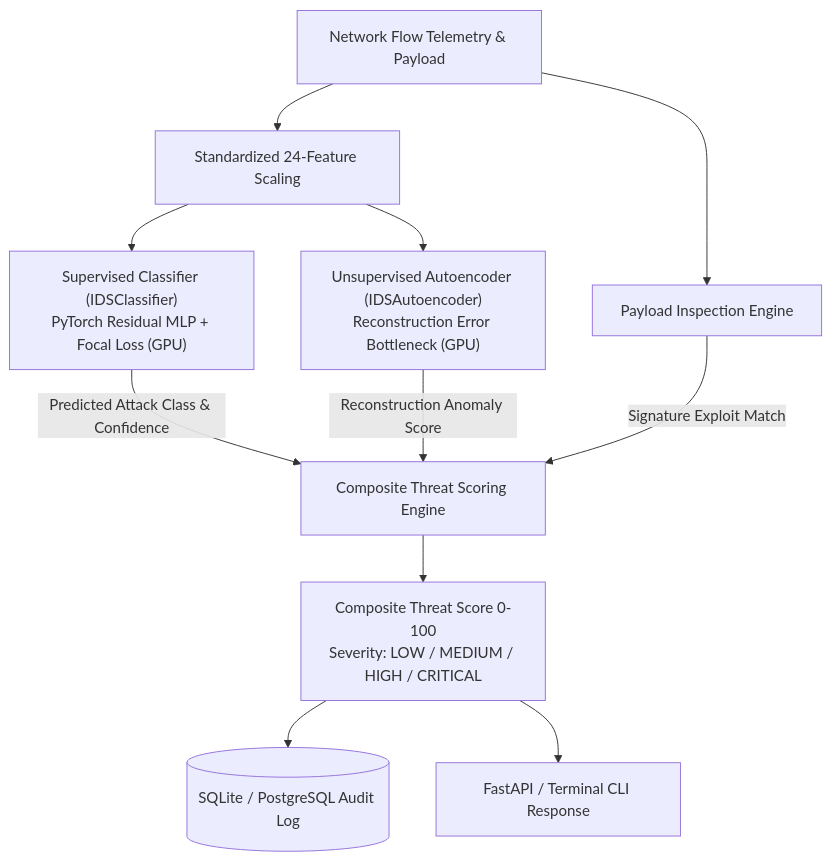
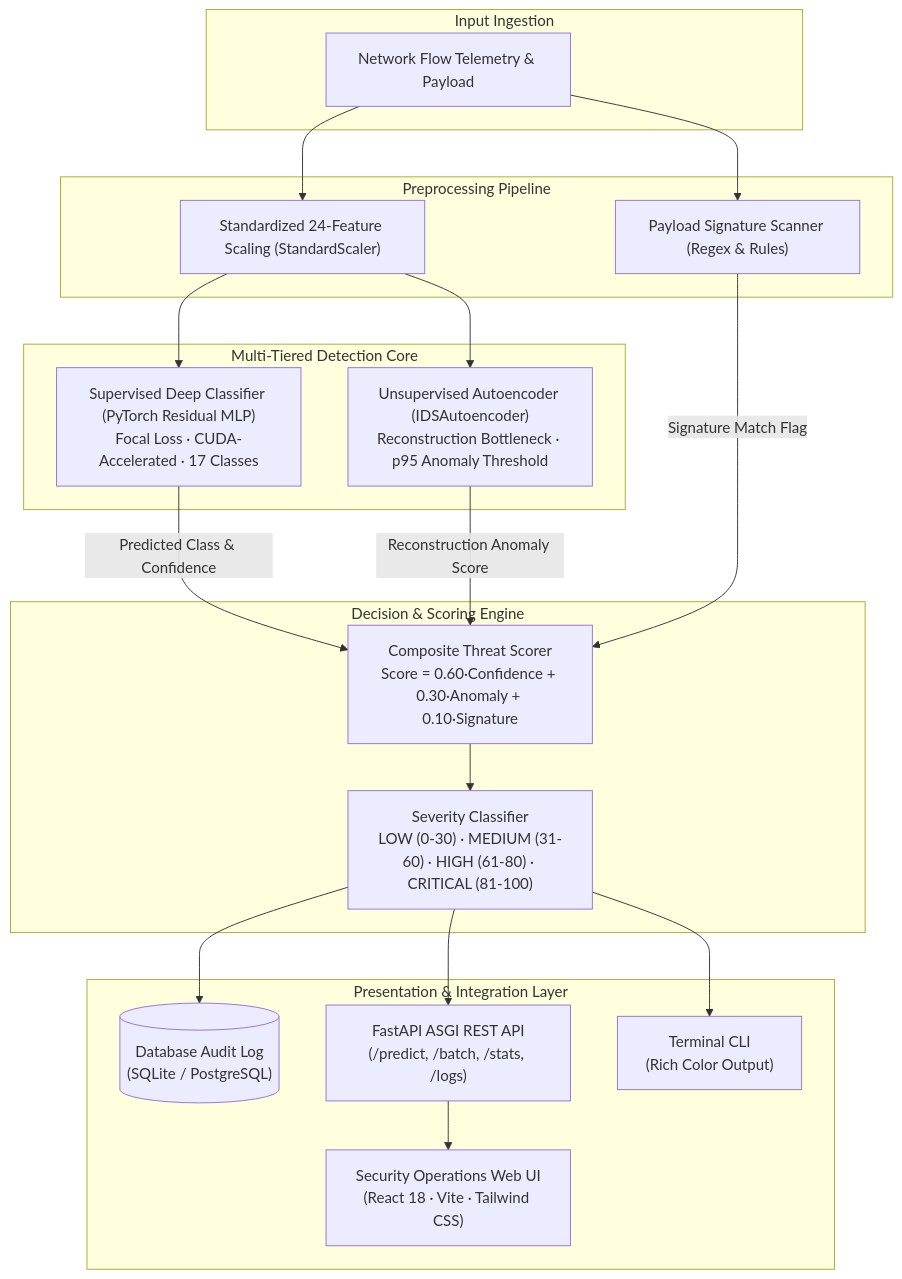
Before and after one commit to Tvaibhav06/HybridFlow-IDS: the diagram in README.md, drawn with Mermaid. The commit also changed other lines of this file, not shown here.

````diff
--- a/README.md
+++ b/README.md
@@ -19,16 +38,41 @@
 ```mermaid
 flowchart TD
-    In[Network Flow Telemetry & Payload] --> Pre[Standardized 24-Feature Scaling]
-    In --> SigScan[Payload Inspection Engine]
-    
-    Pre --> Clf["Supervised Classifier (IDSClassifier)<br/>PyTorch Residual MLP + Focal Loss (GPU)"]
-    Pre --> AE["Unsupervised Autoencoder (IDSAutoencoder)<br/>Reconstruction Error Bottleneck (GPU)"]
-    
-    Clf -->|Predicted Attack Class & Confidence| Score[Composite Threat Scoring Engine]
-    AE -->|Reconstruction Anomaly Score| Score
-    SigScan -->|Signature Exploit Match| Score
-    
-    Score --> Output[Composite Threat Score 0-100<br/>Severity: LOW / MEDIUM / HIGH / CRITICAL]
-    Output --> DB[(SQLite / PostgreSQL Audit Log)]
-    Output --> API[FastAPI / Terminal CLI Response]
+    subgraph IN["Input Ingestion"]
+        InRaw["Network Flow Telemetry & Payload"]
+    end
+
+    subgraph PRE["Preprocessing Pipeline"]
+        Scale["Standardized 24-Feature Scaling (StandardScaler)"]
+        SigScan["Payload Signature Scanner (Regex & Rules)"]
+    end
+
+    subgraph ENGINE["Multi-Tiered Detection Core"]
+        Clf["Supervised Deep Classifier (PyTorch Residual MLP)<br/>Focal Loss · CUDA-Accelerated · 17 Classes"]
+        AE["Unsupervised Autoencoder (IDSAutoencoder)<br/>Reconstruction Bottleneck · p95 Anomaly Threshold"]
+    end
+
+    subgraph FUSION["Decision & Scoring Engine"]
+        Scorer["Composite Threat Scorer<br/>Score = 0.60·Confidence + 0.30·Anomaly + 0.10·Signature"]
+        Tier["Severity Classifier<br/>LOW (0-30) · MEDIUM (31-60) · HIGH (61-80) · CRITICAL (81-100)"]
+    end
+
+    subgraph INTERFACES["Presentation & Integration Layer"]
+        DB[("Database Audit Log<br/>(SQLite / PostgreSQL)")]
+        REST["FastAPI ASGI REST API<br/>(/predict, /batch, /stats, /logs)"]
+        UI["Security Operations Web UI<br/>(React 18 · Vite · Tailwind CSS)"]
+        CLI["Terminal CLI<br/>(Rich Color Output)"]
+    end
+
+    InRaw --> Scale
+    InRaw --> SigScan
+    Scale --> Clf
+    Scale --> AE
+    Clf -->|Predicted Class & Confidence| Scorer
+    AE -->|Reconstruction Anomaly Score| Scorer
+    SigScan -->|Signature Match Flag| Scorer
+    Scorer --> Tier
+    Tier --> DB
+    Tier --> REST
+    REST --> UI
+    Tier --> CLI
 ```
````
